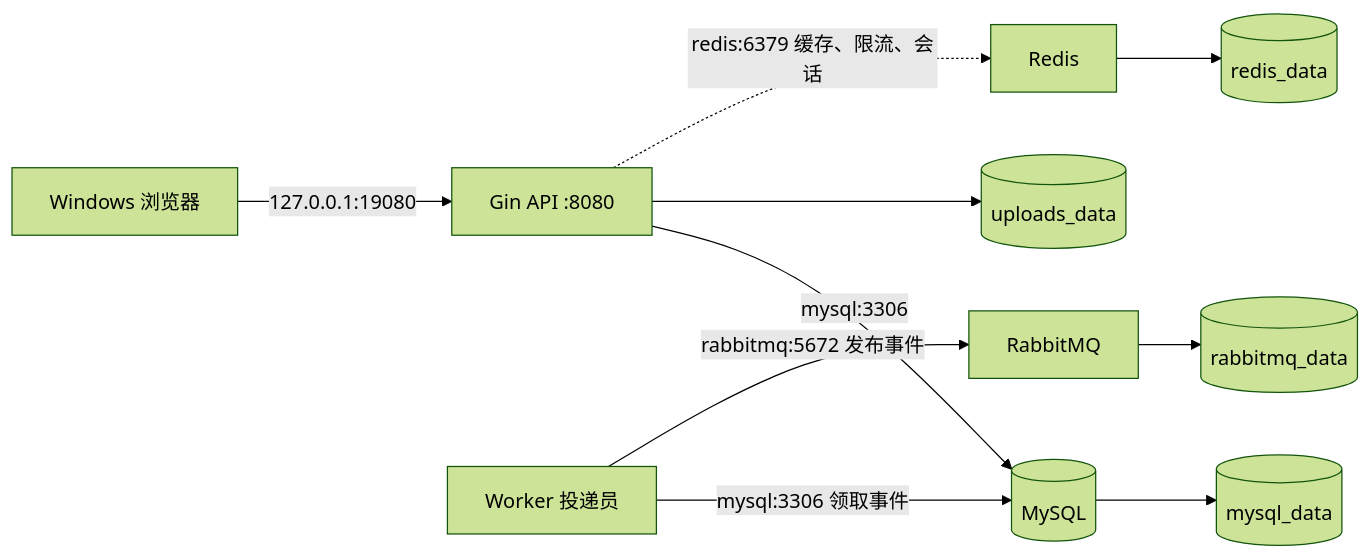
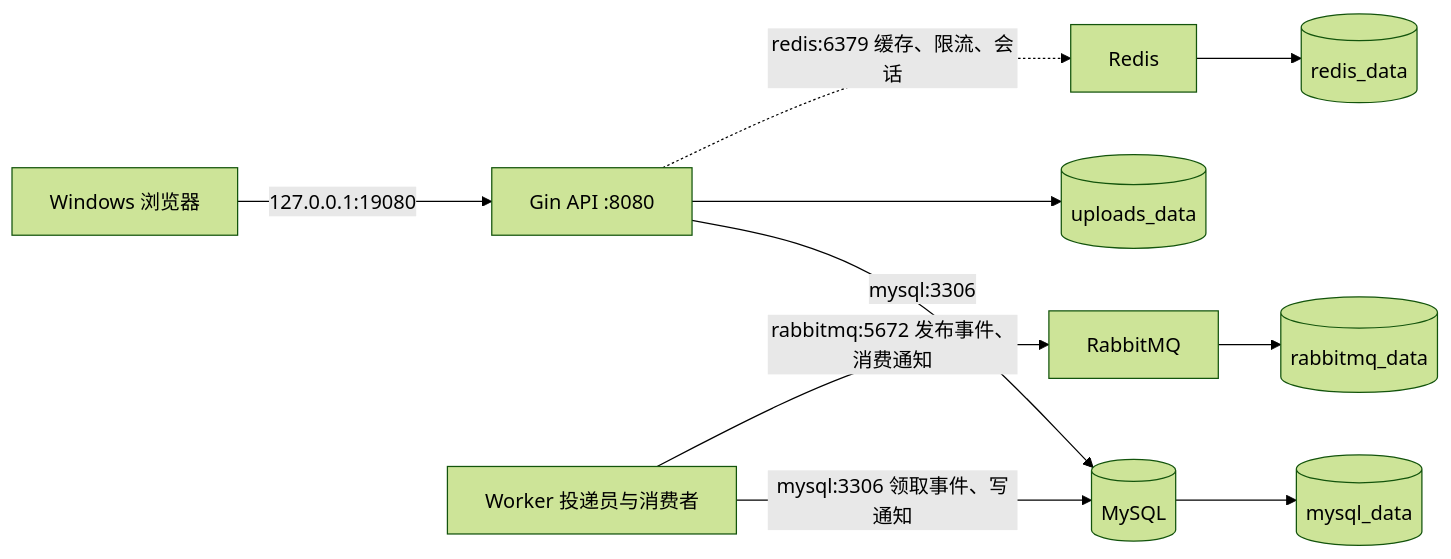
The diagram in docs/learning/12_compose_environment.md (P3anut3/GoStream), drawn with Mermaid (forest theme) before and after one commit. The commit also changed other lines of this file and 19 other files, not shown here.

````diff
--- a/docs/learning/12_compose_environment.md
+++ b/docs/learning/12_compose_environment.md
@@ -15,10 +17,10 @@
 ```mermaid
 flowchart LR
     B[Windows 浏览器] -->|127.0.0.1:19080| API[Gin API :8080]
     API -->|mysql:3306| DB[(MySQL)]
     API --> FILES[(uploads_data)]
     DB --> DATA[(mysql_data)]
     API -.->|redis:6379 缓存、限流、会话| R[Redis] --> RD[(redis_data)]
-    W[Worker 投递员] -->|mysql:3306 领取事件| DB
-    W -->|rabbitmq:5672 发布事件| MQ[RabbitMQ] --> MD[(rabbitmq_data)]
+    W[Worker 投递员与消费者] -->|mysql:3306 领取事件、写通知| DB
+    W -->|rabbitmq:5672 发布事件、消费通知| MQ[RabbitMQ] --> MD[(rabbitmq_data)]
 ```
````
